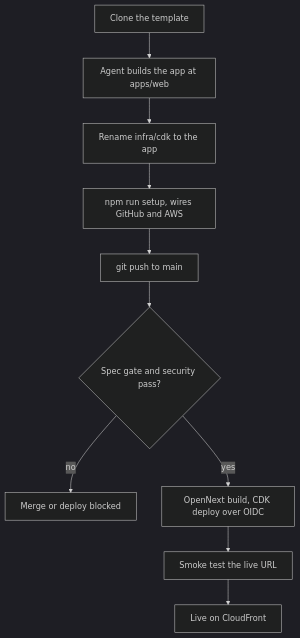
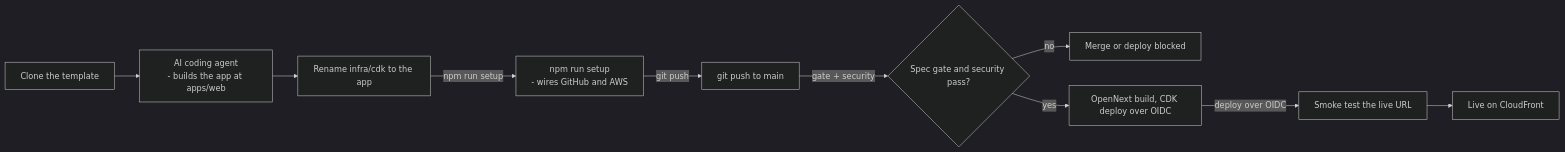
One commit to elleskay/platform changed the first of 5 diagrams in README.md. Above: the diagram before and after it, drawn with Mermaid (dark theme). The commit also changed other lines of this file, not shown here.

````diff
--- a/README.md
+++ b/README.md
@@ -83,12 +88,22 @@
 ```mermaid
-flowchart TD
-  Clone[Clone the template] --> Build[Agent builds the app at apps/web]
-  Build --> Rename[Rename infra/cdk to the app]
-  Rename --> Setup[npm run setup, wires GitHub and AWS]
-  Setup --> Push[git push to main]
-  Push --> Gate{Spec gate and security pass?}
-  Gate -->|no| Block[Merge or deploy blocked]
-  Gate -->|yes| Deploy[OpenNext build, CDK deploy over OIDC]
-  Deploy --> Smoke[Smoke test the live URL]
-  Smoke --> Live[Live on CloudFront]
+flowchart LR
+  Clone["Clone the template"]
+  Build["AI coding agent<br/>- builds the app at apps/web"]
+  Rename["Rename infra/cdk to the app"]
+  Setup["npm run setup<br/>- wires GitHub and AWS"]
+  Push["git push to main"]
+  Gate{"Spec gate and security pass?"}
+  Block["Merge or deploy blocked"]
+  Deploy["OpenNext build, CDK deploy over OIDC"]
+  Smoke["Smoke test the live URL"]
+  Live["Live on CloudFront"]
+  Clone --> Build
+  Build --> Rename
+  Rename -->|"npm run setup"| Setup
+  Setup -->|"git push"| Push
+  Push -->|"gate + security"| Gate
+  Gate -->|"no"| Block
+  Gate -->|"yes"| Deploy
+  Deploy -->|"deploy over OIDC"| Smoke
+  Smoke --> Live
 ```
````
